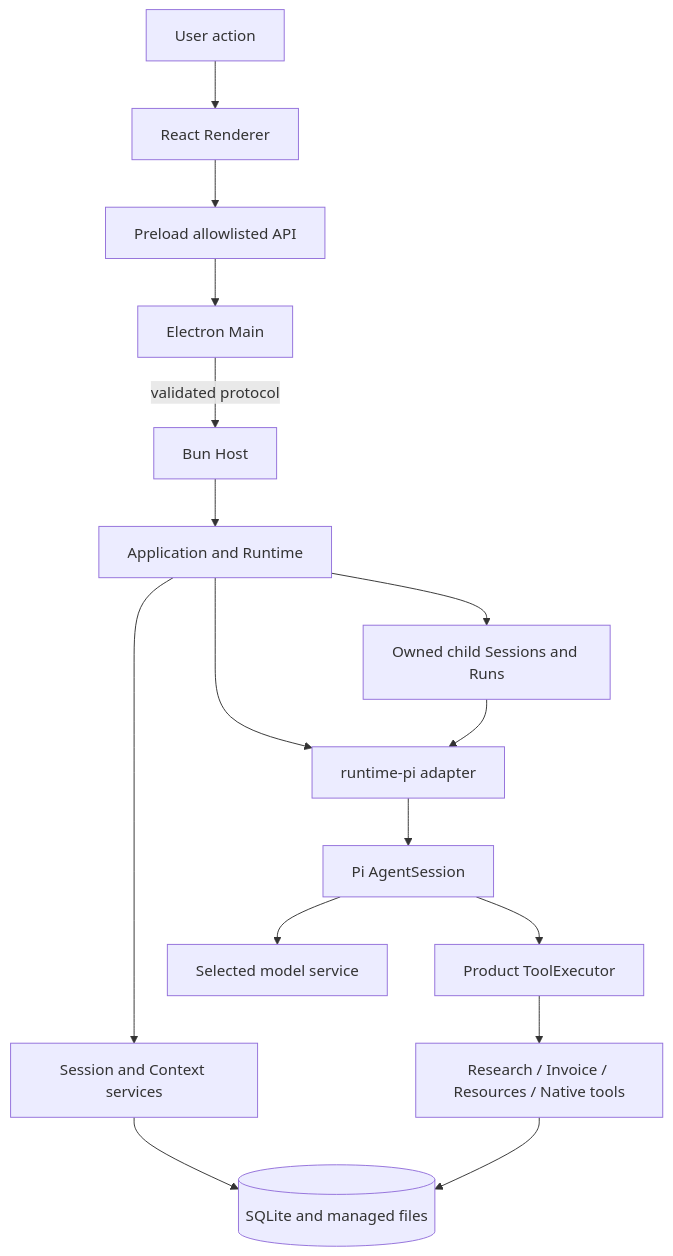
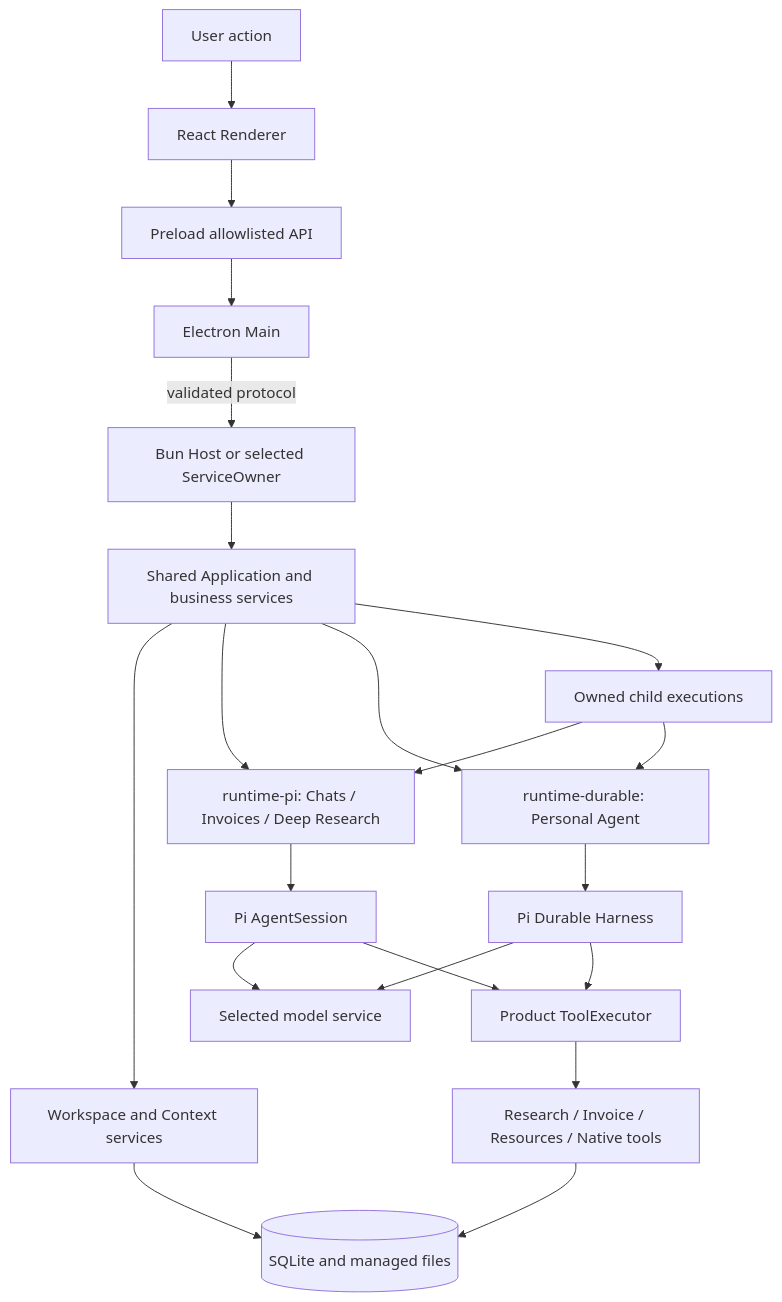
One commit to ChaoDiDiaoAA/Flowmate changed the diagram in docs/public/architecture.md. Above: the diagram before and after it, drawn with Mermaid. The commit also changed other lines of this file and 614 other files, not shown here.

First line of the commit message:
feat: integrate Personal Agent and evaluation workflows

````diff
--- a/docs/public/architecture.md
+++ b/docs/public/architecture.md
@@ -9,18 +11,23 @@
 ```mermaid
 flowchart TB
   User[User action] --> Renderer[React Renderer]
   Renderer --> Preload[Preload allowlisted API]
   Preload --> Main[Electron Main]
-  Main -->|validated protocol| Host[Bun Host]
-  Host --> App[Application and Runtime]
-  App --> Context[Session and Context services]
-  App --> Adapter[runtime-pi adapter]
+  Main -->|validated protocol| Host[Bun Host or selected ServiceOwner]
+  Host --> App[Shared Application and business services]
+  App --> Context[Workspace and Context services]
+  App --> Adapter[runtime-pi: Chats / Invoices / Deep Research]
   Adapter --> SDK[Pi AgentSession]
+  App --> Durable[runtime-durable: Personal Agent]
+  Durable --> Harness[Pi Durable Harness]
   SDK --> Model[Selected model service]
+  Harness --> Model
   SDK --> Executor[Product ToolExecutor]
+  Harness --> Executor
   Executor --> Domain[Research / Invoice / Resources / Native tools]
   Context --> Store[(SQLite and managed files)]
   Domain --> Store
-  App --> Children[Owned child Sessions and Runs]
+  App --> Children[Owned child executions]
   Children --> Adapter
+  Children --> Durable
 ```
````
